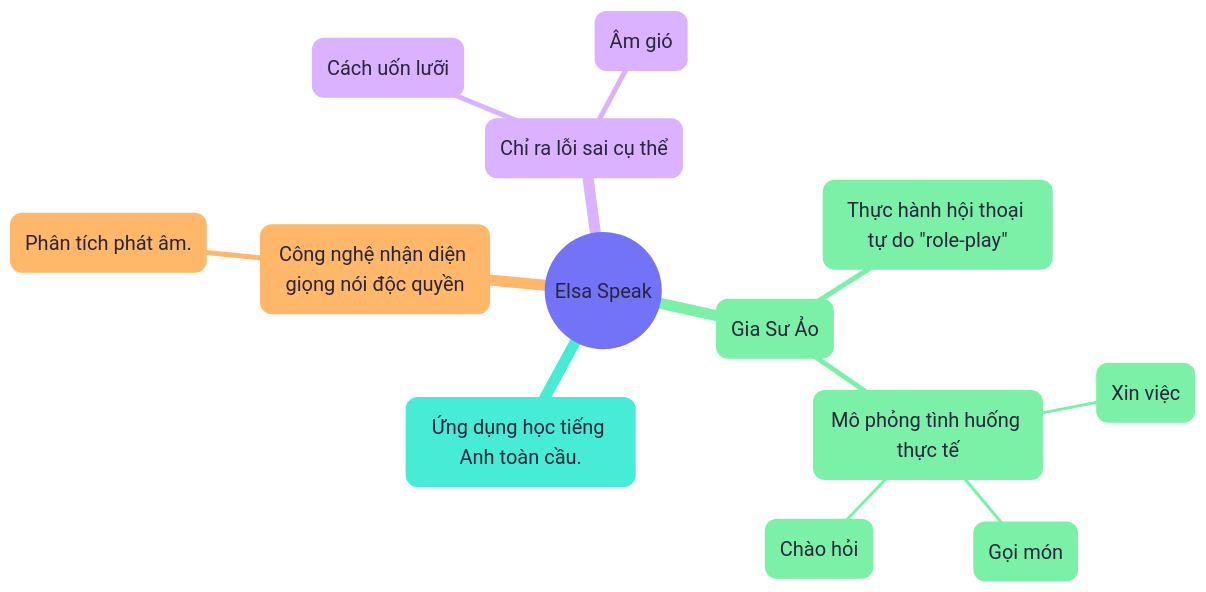
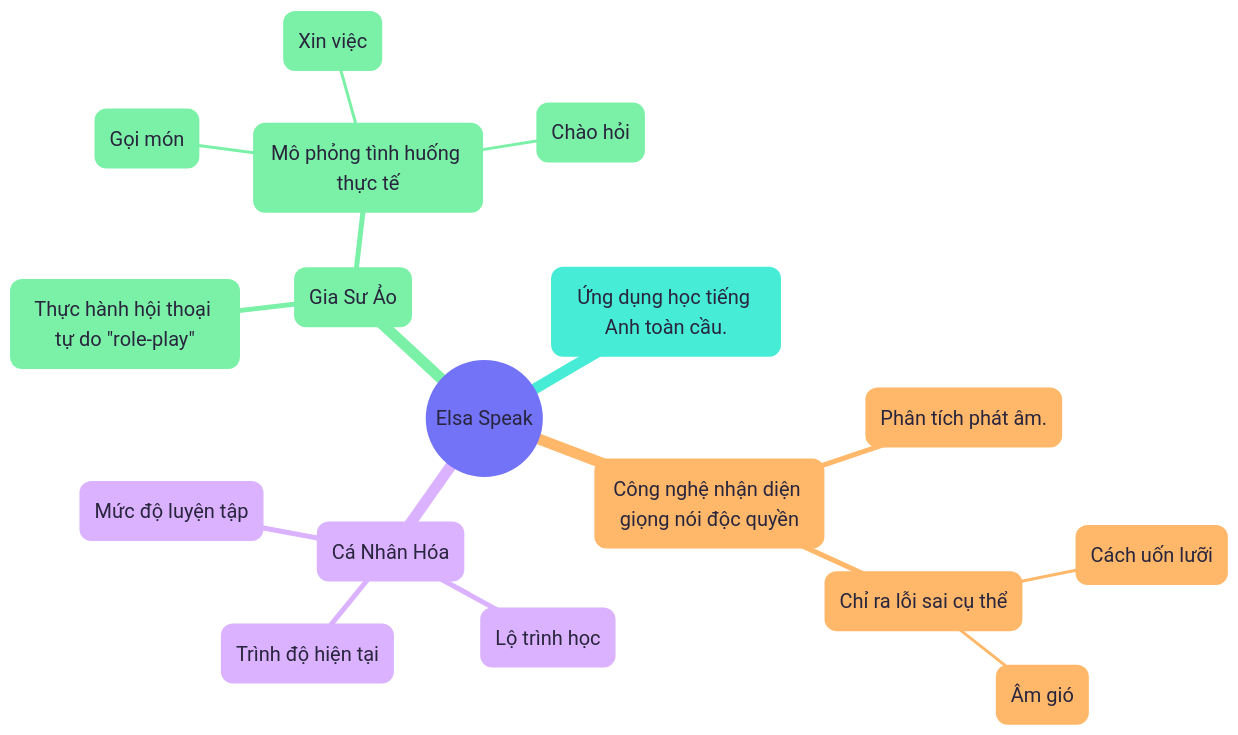
The diagram in content/diagrams/chapter02-elsa-speak.mmd (sam-uit/typst-report-template), drawn with Mermaid before and after one commit.

```diff
--- a/content/diagrams/chapter02-elsa-speak.mmd
+++ b/content/diagrams/chapter02-elsa-speak.mmd
@@ -1,21 +1,25 @@
 ---
 config:
   theme: redux-color
   themeVariables:
     fontFamily: Google Sans
     fontSize: 20px
 ---
 mindmap
-  root(("Elsa Speak"))
-    ("Ứng dụng học tiếng Anh toàn cầu.")
-    ("Công nghệ nhận diện giọng nói độc quyền")
-      Phân tích phát âm.
-    ("Chỉ ra lỗi sai cụ thể")
+((Elsa Speak))
+  Ứng dụng học tiếng Anh toàn cầu.
+  (Công nghệ nhận diện giọng nói độc quyền)
+    Phân tích phát âm.
+    (Chỉ ra lỗi sai cụ thể)
       Cách uốn lưỡi
       Âm gió
-    ("Gia Sư Ảo")
-      Thực hành hội thoại tự do "role-play"
-      ("Mô phỏng tình huống thực tế")
-        Xin việc
-        Gọi món
-        Chào hỏi
+  (Cá Nhân Hóa)
+    Trình độ hiện tại
+    Lộ trình học
+    Mức độ luyện tập
+  (Gia Sư Ảo)
+    Thực hành hội thoại tự do "role-play"
+    (Mô phỏng tình huống thực tế)
+      Xin việc
+      Gọi món
+      Chào hỏi
```
